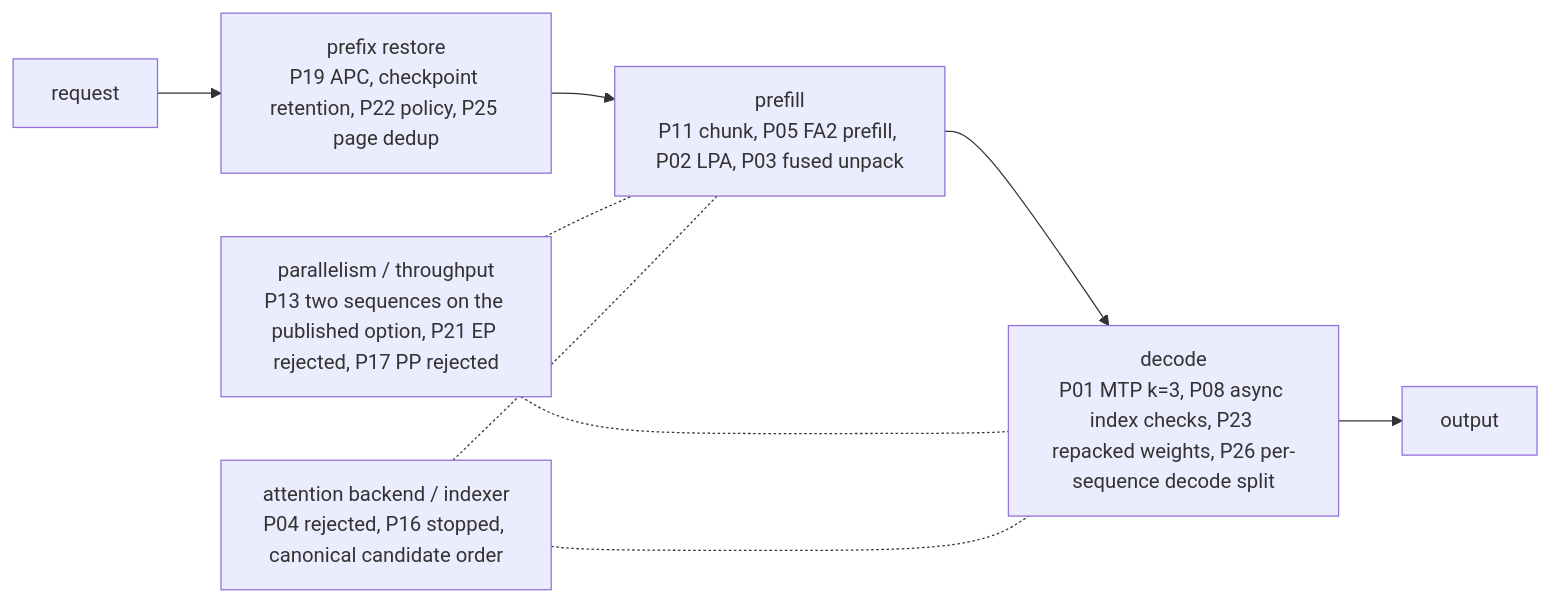
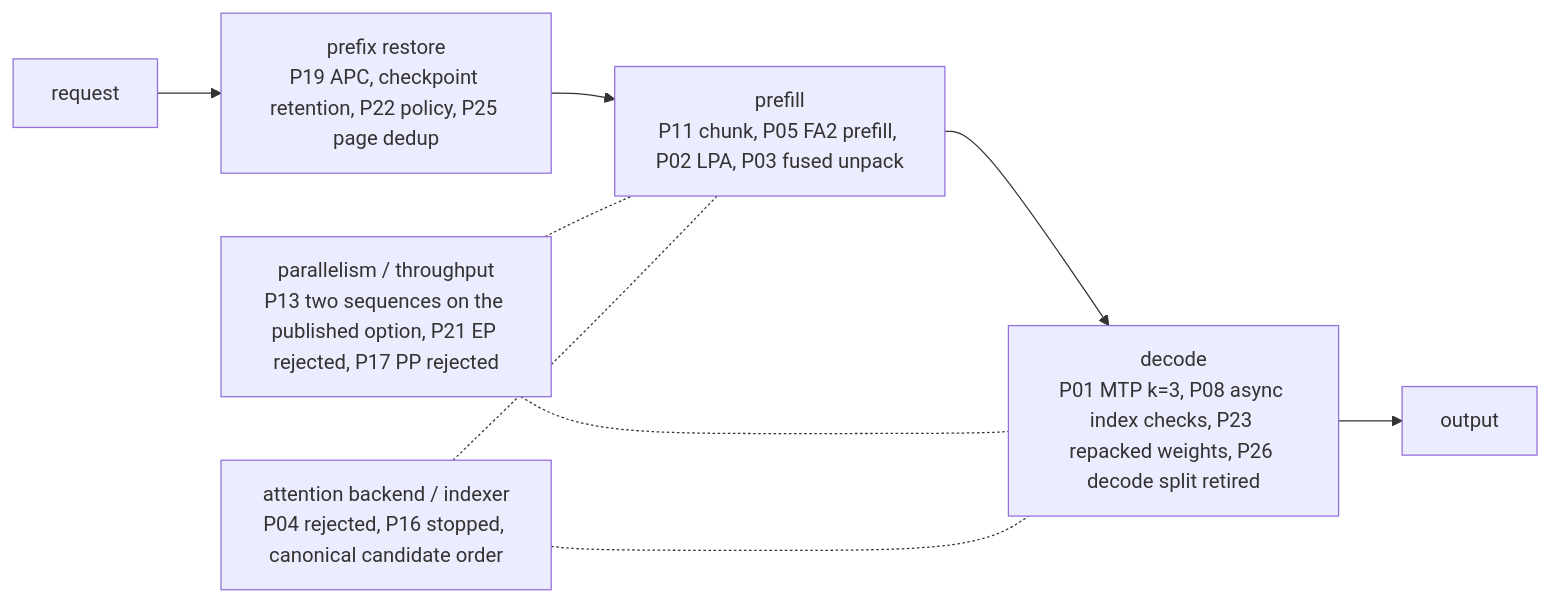
One commit to Bizuayeu/GLM-5.3-Flash-NVFP4-2x-DGX-Sparks-BIZ changed the diagram in docs/optimization-overview.md. Above: the diagram before and after it, drawn with Mermaid. The commit also changed other lines of this file and 15 other files, not shown here.

````diff
--- a/docs/optimization-overview.md
+++ b/docs/optimization-overview.md
@@ -13,11 +13,11 @@
 ```mermaid
 flowchart LR
     R[request] --> A[prefix restore<br/>P19 APC, checkpoint retention, P22 policy, P25 page dedup]
     A --> P[prefill<br/>P11 chunk, P05 FA2 prefill, P02 LPA, P03 fused unpack]
-    P --> D[decode<br/>P01 MTP k=3, P08 async index checks, P23 repacked weights, P26 per-sequence decode split]
+    P --> D[decode<br/>P01 MTP k=3, P08 async index checks, P23 repacked weights, P26 decode split retired]
     D --> O[output]
     S[parallelism / throughput<br/>P13 two sequences on the published option, P21 EP rejected, P17 PP rejected] -.- P
     S -.- D
     B[attention backend / indexer<br/>P04 rejected, P16 stopped, canonical candidate order] -.- P
     B -.- D
 ```
````
